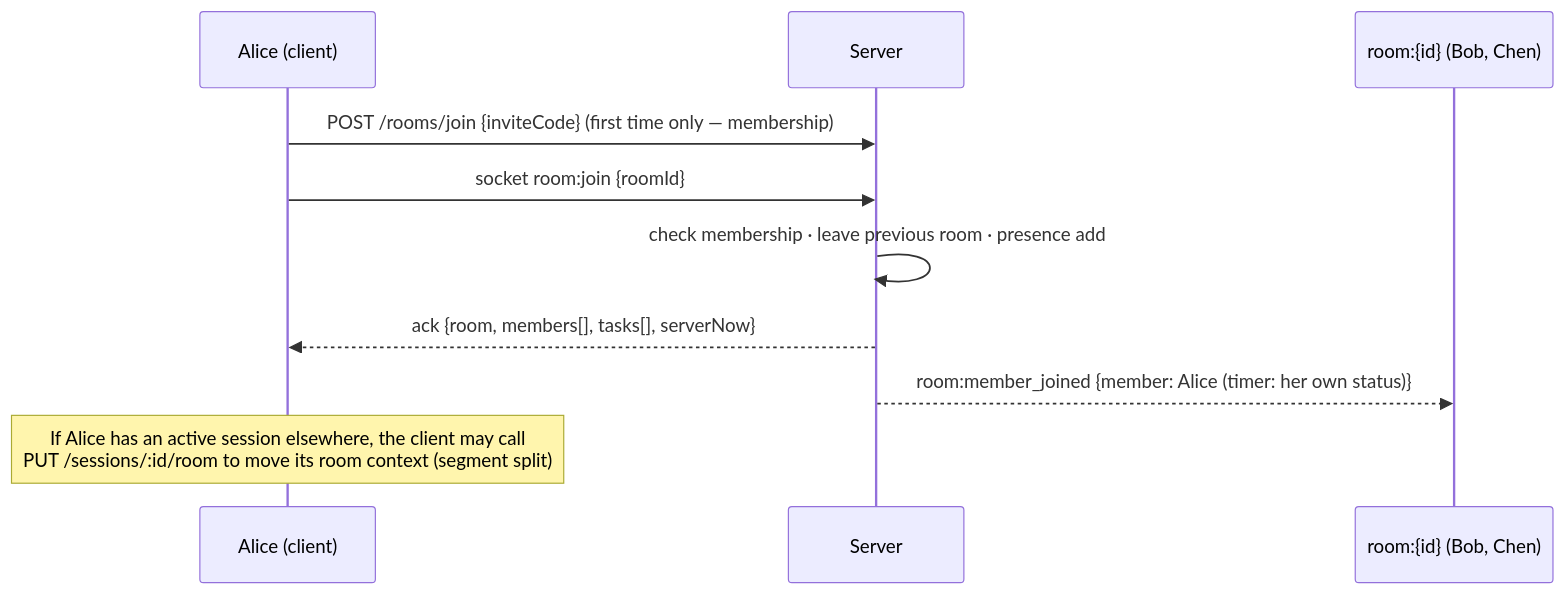
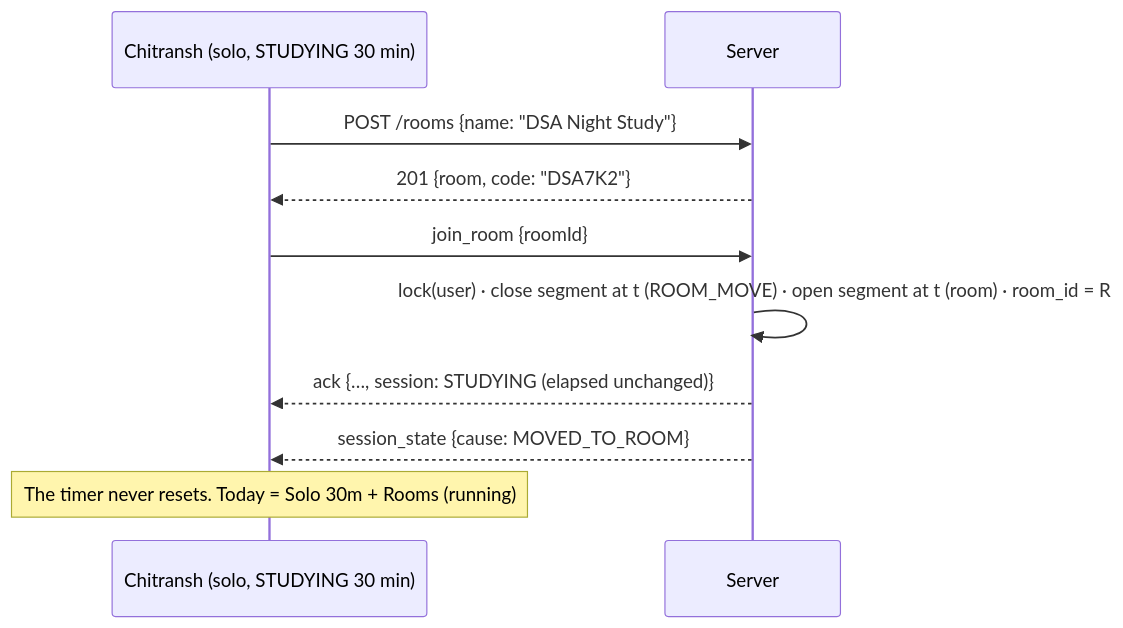
The second of 5 diagrams in API_DESIGN.md (Atharvaajain/StudySync), drawn with Mermaid before and after one commit. The commit also changed other lines of this file and 6 other files, not shown here.

````diff
--- a/API_DESIGN.md
+++ b/API_DESIGN.md
@@ -530,12 +354,12 @@
 ```mermaid
 sequenceDiagram
-  participant A as Alice (client)
+  participant A as Chitransh (solo, STUDYING 30 min)
   participant S as Server
-  participant R as room:{id} (Bob, Chen)
-  A->>S: POST /rooms/join {inviteCode}   (first time only — membership)
-  A->>S: socket room:join {roomId}
-  S->>S: check membership · leave previous room · presence add
-  S-->>A: ack {room, members[], tasks[], serverNow}
-  S-->>R: room:member_joined {member: Alice (timer: her own status)}
-  Note over A: If Alice has an active session elsewhere, the client may call<br/>PUT /sessions/:id/room to move its room context (segment split)
+  A->>S: POST /rooms {name: "DSA Night Study"}
+  S-->>A: 201 {room, code: "DSA7K2"}
+  A->>S: join_room {roomId}
+  S->>S: lock(user) · close segment at t (ROOM_MOVE) · open segment at t (room) · room_id = R
+  S-->>A: ack {…, session: STUDYING (elapsed unchanged)}
+  S-->>A: session_state {cause: MOVED_TO_ROOM}
+  Note over A: The timer never resets. Today = Solo 30m + Rooms (running)
 ```
````
